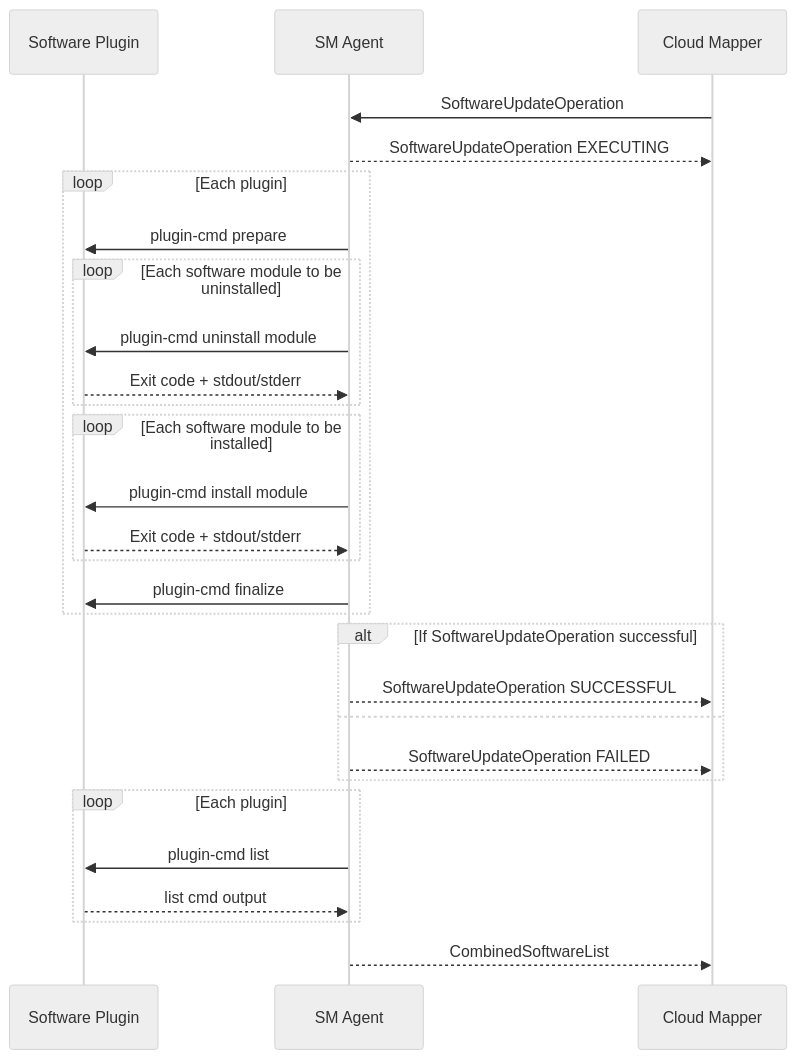
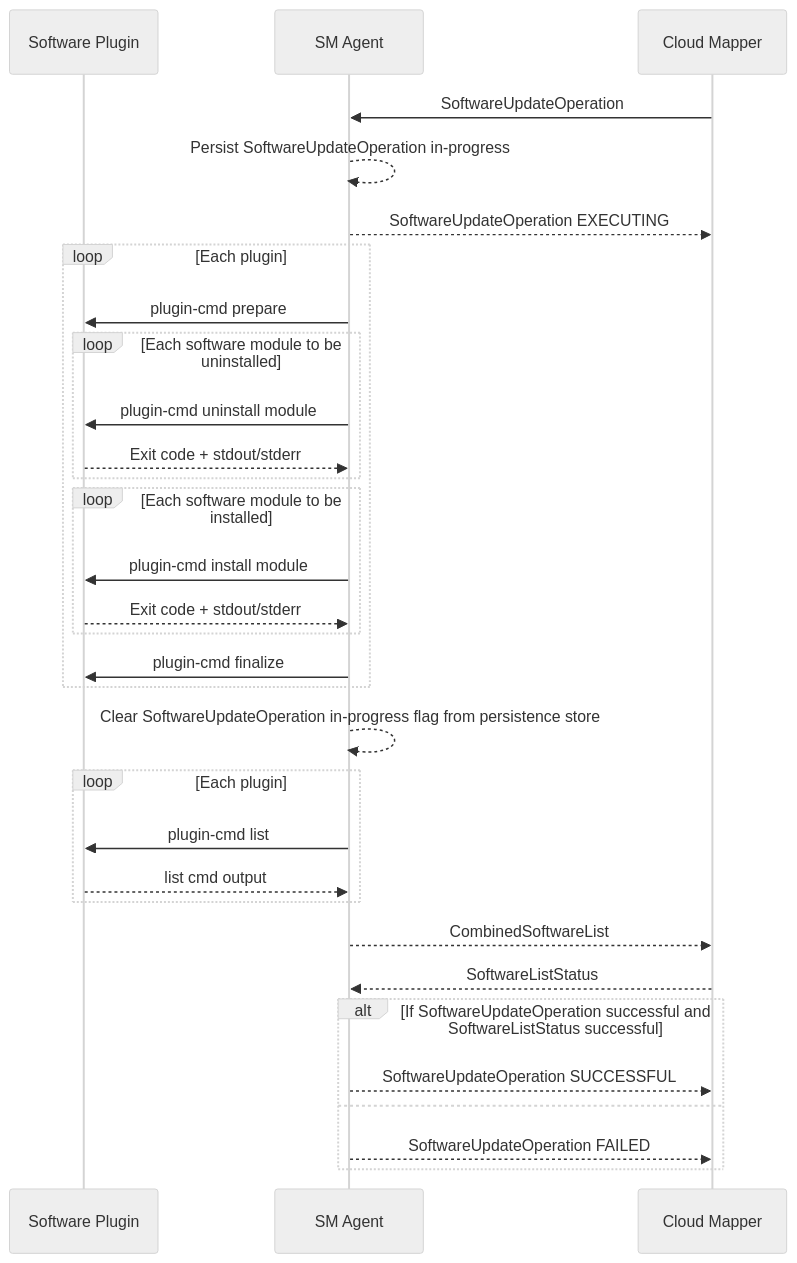
The second of 2 diagrams in src/software-management/sm-agent.md (thin-edge/thin-edge.io-specs), drawn with Mermaid (neutral theme) before and after one commit. The commit also changed other lines of this file, not shown here.

Commit message:
Request-response contract for software list

````diff
--- a/src/software-management/sm-agent.md
+++ b/src/software-management/sm-agent.md
@@ -22,36 +29,41 @@
 ```mermaid
 sequenceDiagram
     participant Software Plugin
     participant SM Agent
     participant Cloud Mapper
     Cloud Mapper->>SM Agent: SoftwareUpdateOperation
 
+    SM Agent-->>SM Agent: Persist SoftwareUpdateOperation in-progress
     SM Agent-->>Cloud Mapper: SoftwareUpdateOperation EXECUTING
     loop Each plugin
         SM Agent->>Software Plugin: plugin-cmd prepare
 
         loop Each software module to be uninstalled
             SM Agent->>Software Plugin: plugin-cmd uninstall module
             Software Plugin-->>SM Agent: Exit code + stdout/stderr
         end
 
         loop Each software module to be installed
             SM Agent->>Software Plugin: plugin-cmd install module
             Software Plugin-->>SM Agent: Exit code + stdout/stderr
         end
 
         SM Agent->>Software Plugin: plugin-cmd finalize
     end
 
-    alt If SoftwareUpdateOperation successful
-        SM Agent-->>Cloud Mapper: SoftwareUpdateOperation SUCCESSFUL
-    else
-        SM Agent-->>Cloud Mapper: SoftwareUpdateOperation FAILED
-    end
+    SM Agent-->>SM Agent: Clear SoftwareUpdateOperation in-progress flag from persistence store
+
 
     loop Each plugin
         SM Agent->>Software Plugin: plugin-cmd list
         Software Plugin-->>SM Agent: list cmd output
     end
     SM Agent-->>Cloud Mapper: CombinedSoftwareList
+    Cloud Mapper-->>SM Agent: SoftwareListStatus
+
+    alt If SoftwareUpdateOperation successful and SoftwareListStatus successful
+        SM Agent-->>Cloud Mapper: SoftwareUpdateOperation SUCCESSFUL
+    else
+        SM Agent-->>Cloud Mapper: SoftwareUpdateOperation FAILED
+    end
 ```
````
